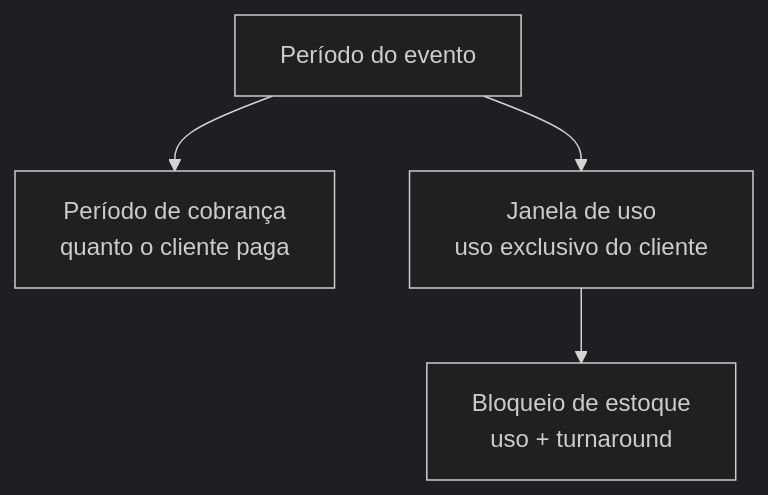
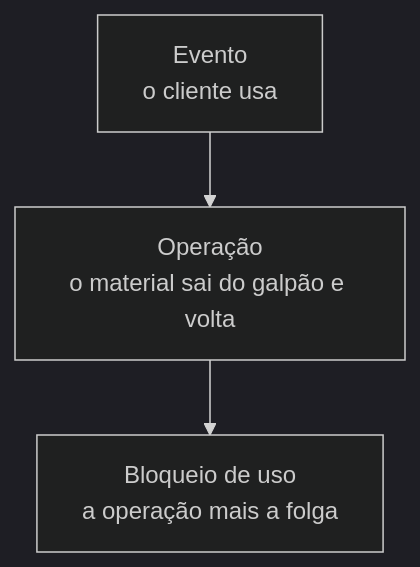
Before and after one commit to LocFlowTeam/locflow-docs: the diagram in orcamentos/duracao-e-bloqueio.md, drawn with Mermaid (dark theme). The commit also changed other lines of this file and 7 other files, not shown here.

````diff
--- a/orcamentos/duracao-e-bloqueio.md
+++ b/orcamentos/duracao-e-bloqueio.md
@@ -24,6 +26,5 @@
 ```mermaid
 flowchart TB
-    EV[Período do evento] --> COB[Período de cobrança<br/>quanto o cliente paga]
-    EV --> USO[Janela de uso<br/>uso exclusivo do cliente]
-    USO --> EST[Bloqueio de estoque<br/>uso + turnaround]
+    EV["Evento<br/>o cliente usa"] --> OP["Operação<br/>o material sai do galpão e volta"]
+    OP --> BL["Bloqueio de uso<br/>a operação mais a folga"]
 ```
````
